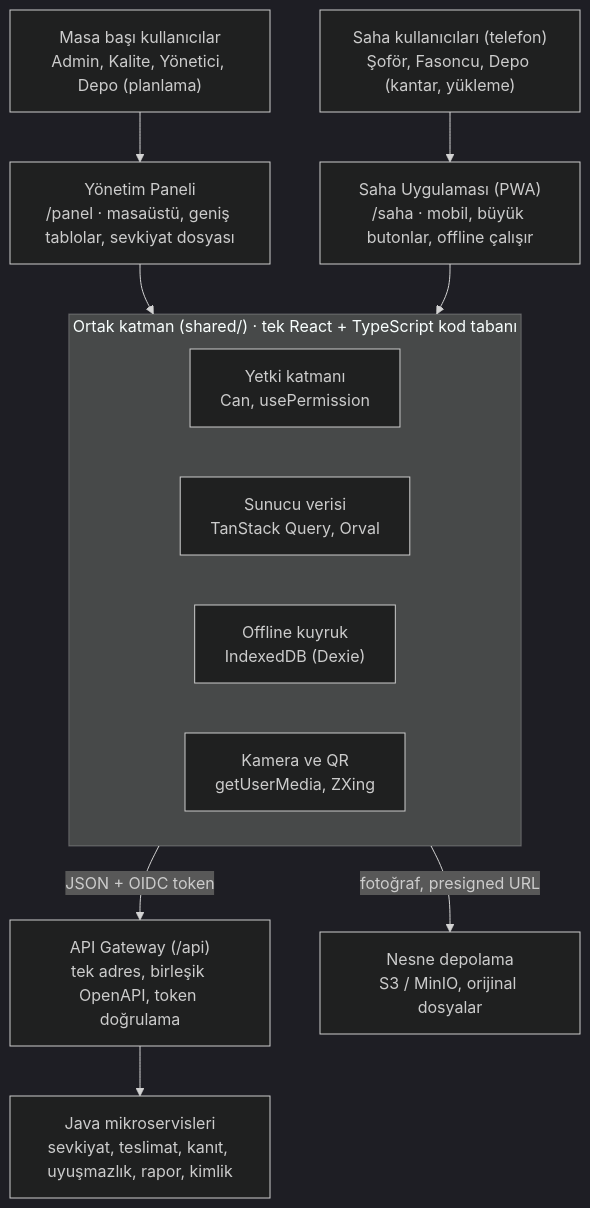
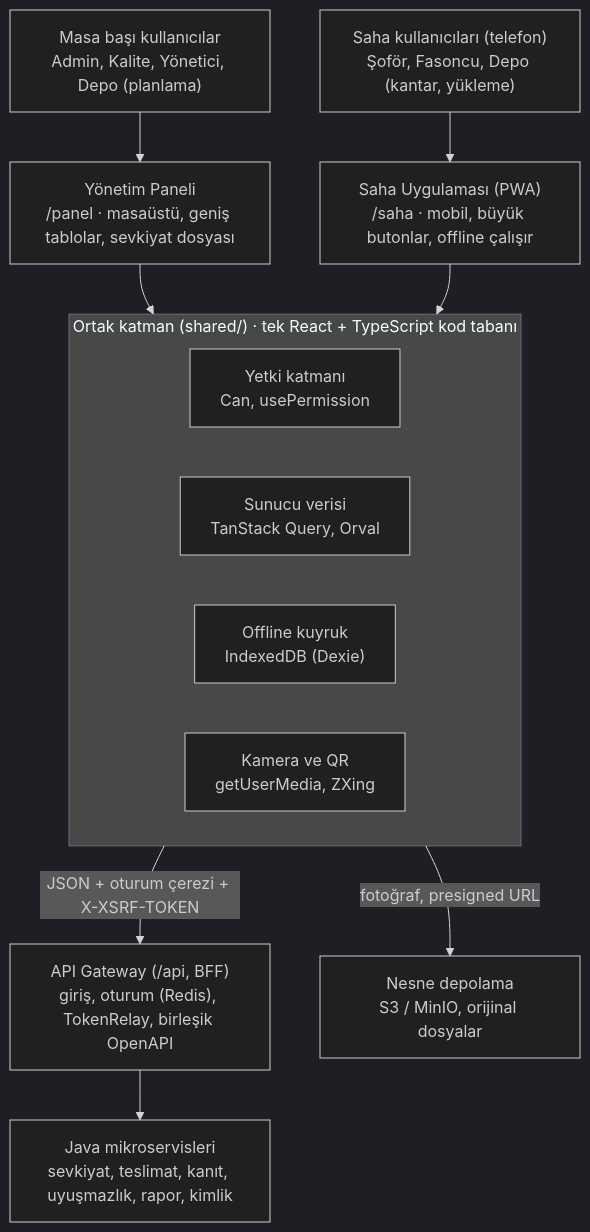
One commit to mehmet27/yarn-shipment-system changed the diagram in docs/frontend/react-frontend-mimarisi.md. Above: the diagram before and after it, drawn with Mermaid (dark theme). The commit also changed other lines of this file, not shown here.

First line of the commit message:
docs(frontend): yetkilendirme kararına göre BFF oturumunu yansıt

````diff
--- a/docs/frontend/react-frontend-mimarisi.md
+++ b/docs/frontend/react-frontend-mimarisi.md
@@ -92,16 +92,16 @@
 ```mermaid
 flowchart TB
   U1["Masa başı kullanıcılar<br/>Admin, Kalite, Yönetici, Depo (planlama)"] --> P["Yönetim Paneli<br/>/panel · masaüstü, geniş tablolar, sevkiyat dosyası"]
   U2["Saha kullanıcıları (telefon)<br/>Şoför, Fasoncu, Depo (kantar, yükleme)"] --> S["Saha Uygulaması (PWA)<br/>/saha · mobil, büyük butonlar, offline çalışır"]
   subgraph SH["Ortak katman (shared/) · tek React + TypeScript kod tabanı"]
     Y["Yetki katmanı<br/>Can, usePermission"]
     Q["Sunucu verisi<br/>TanStack Query, Orval"]
     O["Offline kuyruk<br/>IndexedDB (Dexie)"]
     K["Kamera ve QR<br/>getUserMedia, ZXing"]
   end
   P --> SH
   S --> SH
-  SH -- "JSON + OIDC token" --> G["API Gateway (/api)<br/>tek adres, birleşik OpenAPI, token doğrulama"]
+  SH -- "JSON + oturum çerezi + X-XSRF-TOKEN" --> G["API Gateway (/api, BFF)<br/>giriş, oturum (Redis), TokenRelay, birleşik OpenAPI"]
   SH -- "fotoğraf, presigned URL" --> N["Nesne depolama<br/>S3 / MinIO, orijinal dosyalar"]
   G --> J["Java mikroservisleri<br/>sevkiyat, teslimat, kanıt, uyuşmazlık, rapor, kimlik"]
 ```
````
